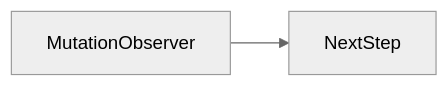
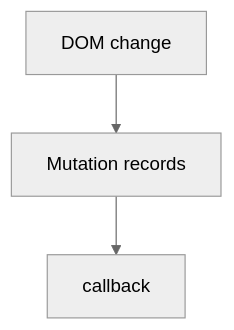
The second of 2 diagrams in docs/en/09-browser-apis/mutation-observer/index.md (OmidJavaherii/Frontend-Engineering-Handbook), drawn with Mermaid (neutral theme) before and after one commit. The commit also changed other lines of this file and 461 other files, not shown here.

````diff
--- a/docs/en/09-browser-apis/mutation-observer/index.md
+++ b/docs/en/09-browser-apis/mutation-observer/index.md
@@ -94,4 +114,5 @@
 ```mermaid
-flowchart LR
-  concept[MutationObserver] --> nextStep[NextStep]
+flowchart TD
+  Change[DOM change] --> Queue[Mutation records]
+  Queue --> CB[callback]
 ```
````
